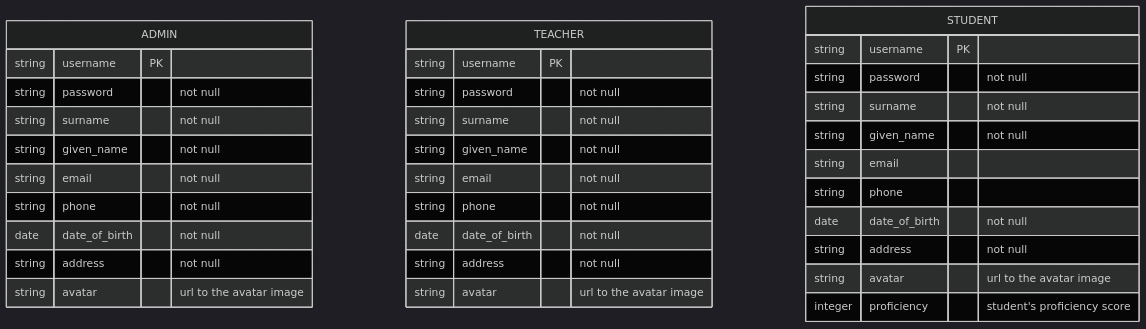
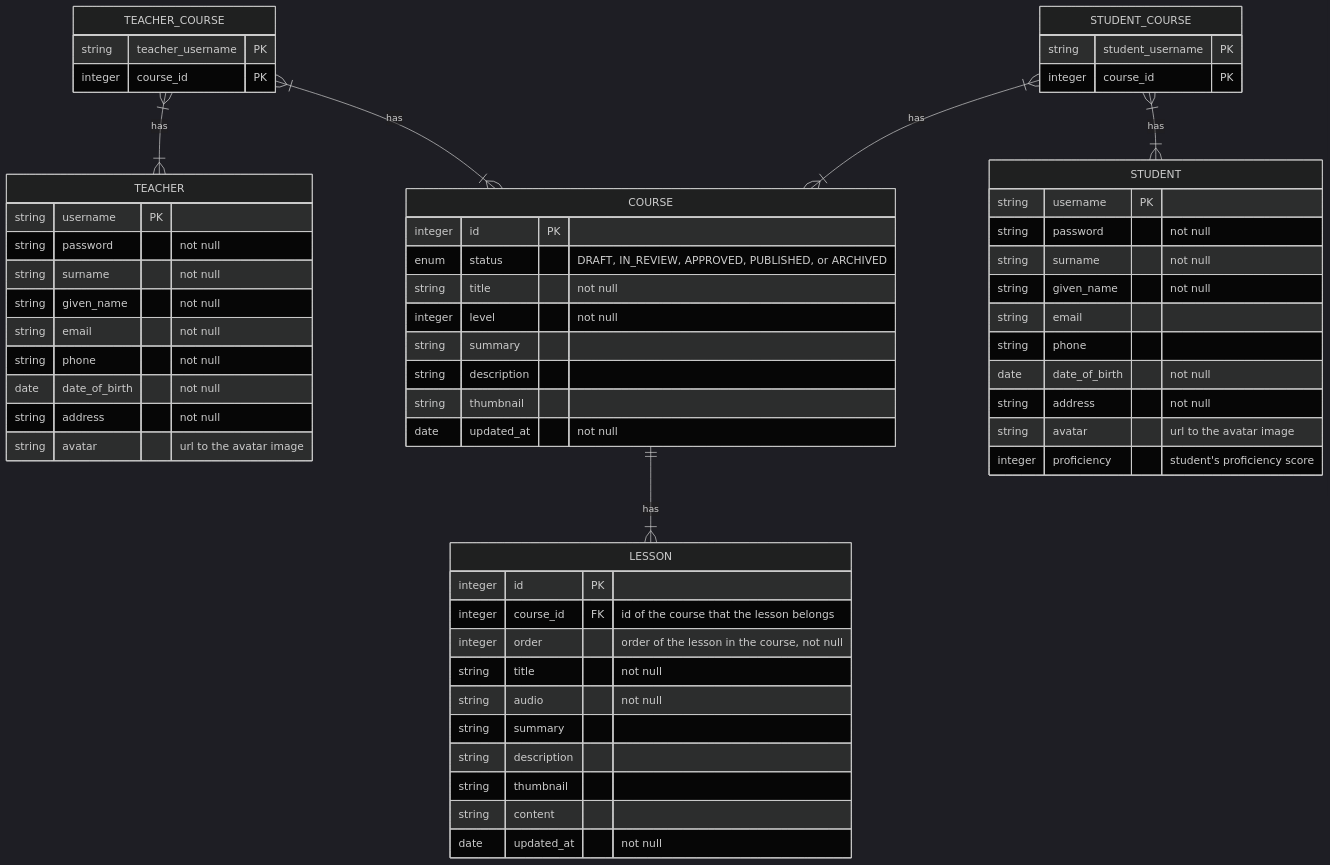
The first of 2 diagrams in docs/2. Technical Architecture/Data Model/README.md (trancongbao/endeavor), drawn with Mermaid (dark theme) before and after one commit. The commit also changed other lines of this file and 17 other files, not shown here.

````diff
--- a/docs/2. Technical Architecture/Data Model/README.md
+++ b/docs/2. Technical Architecture/Data Model/README.md
@@ -31,37 +27,69 @@
 ```mermaid
 erDiagram
-    ADMIN {
-        string username PK
-        string password "not null"
-        string surname "not null"
-        string given_name "not null"
-        string email "not null"
-        string phone "not null"
-        date date_of_birth "not null"
-        string address "not null"
-        string avatar "url to the avatar image"
+  TEACHER_COURSE }|--|{ TEACHER: has
+  TEACHER_COURSE }|--|{ COURSE: has
+
+  STUDENT_COURSE }|--|{ STUDENT: has
+  STUDENT_COURSE }|--|{ COURSE: has
+
+  COURSE ||--|{ LESSON: has
+
+  TEACHER_COURSE {
+    string teacher_username PK
+    integer course_id PK
+  }
+
+  STUDENT_COURSE {
+    string student_username PK
+    integer course_id PK
+  }
+
+  TEACHER {
+    string username PK
+    string password "not null"
+    string surname "not null"
+    string given_name "not null"
+    string email "not null"
+    string phone "not null"
+    date date_of_birth "not null"
+    string address "not null"
+    string avatar "url to the avatar image"
+  }
+
+  STUDENT {
+    string username PK
+    string password "not null"
+    string surname "not null"
+    string given_name "not null"
+    string email
+    string phone
+    date date_of_birth "not null"
+    string address "not null"
+    string avatar "url to the avatar image"
+    integer proficiency "student's proficiency score"
     }
-    TEACHER {
-        string username PK
-        string password "not null"
-        string surname "not null"
-        string given_name "not null"
-        string email "not null"
-        string phone "not null"
-        date date_of_birth "not null"
-        string address "not null"
-        string avatar "url to the avatar image"
-    }
-    STUDENT {
-        string username PK
-        string password "not null"
-        string surname "not null"
-        string given_name "not null"
-        string email
-        string phone
-        date date_of_birth "not null"
-        string address "not null"
-        string avatar "url to the avatar image"
-        integer proficiency "student's proficiency score"
-    }
+
+  COURSE {
+    integer id            PK
+    enum    status            "DRAFT, IN_REVIEW, APPROVED, PUBLISHED, or ARCHIVED"
+    string  title             "not null"
+    integer level             "not null"
+    string  summary
+    string  description
+    string  thumbnail
+    date    updated_at        "not null"
+  }
+
+  LESSON {
+    integer id            PK
+    integer course_id     FK  "id of the course that the lesson belongs"
+    integer order             "order of the lesson in the course, not null"
+    string  title             "not null"
+    string  audio             "not null"
+    string  summary
+    string  description
+    string  thumbnail
+    string  content
+    date    updated_at        "not null"
+  }
 ```
````
